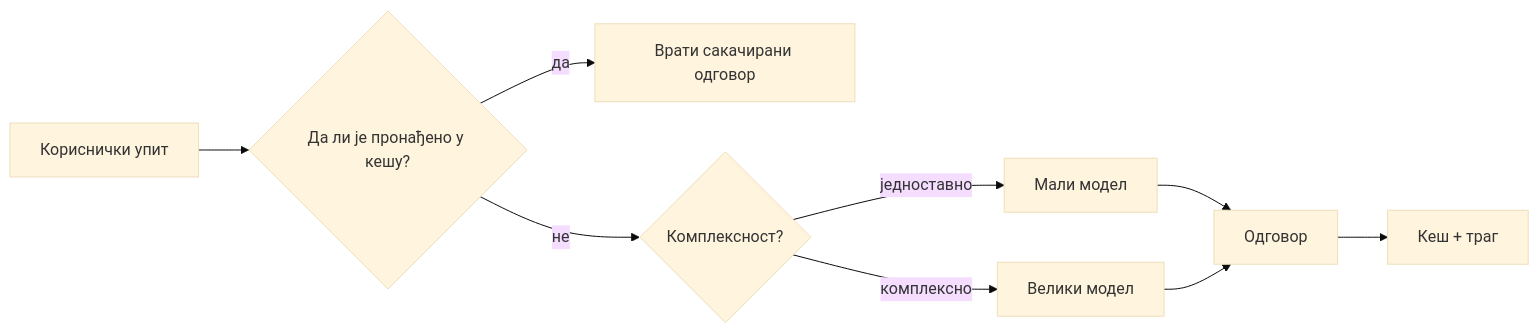
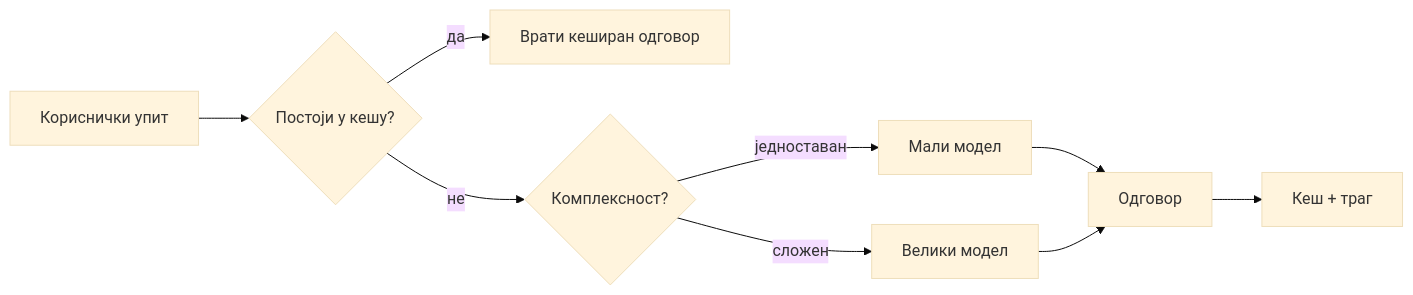
The third of 4 diagrams in mirrors/repos/microsoft@ai-agents-for-beginners/translations/sr/16-deploying-scalable-agents/README.md (gabrielmoreira/agent-skills-mirror), drawn with Mermaid (base theme) before and after one commit. The commit also changed other lines of this file and 3581 other files, not shown here.

````diff
--- a/mirrors/repos/microsoft@ai-agents-for-beginners/translations/sr/16-deploying-scalable-agents/README.md
+++ b/mirrors/repos/microsoft@ai-agents-for-beginners/translations/sr/16-deploying-scalable-agents/README.md
@@ -134,11 +134,11 @@
 ```mermaid
 flowchart LR
-    Q[Кориснички упит] --> C{Да ли је пронађено у кешу?}
-    C -->|да| R[Врати сакачирани одговор]
+    Q[Кориснички упит] --> C{Постоји у кешу?}
+    C -->|да| R[Врати кеширан одговор]
     C -->|не| Router{Комплексност?}
-    Router -->|једноставно| SLM[Мали модел]
-    Router -->|комплексно| LLM[Велики модел]
+    Router -->|једноставан| SLM[Мали модел]
+    Router -->|сложен| LLM[Велики модел]
     SLM --> Out[Одговор]
     LLM --> Out
     Out --> Store[Кеш + траг]
 ```
````
